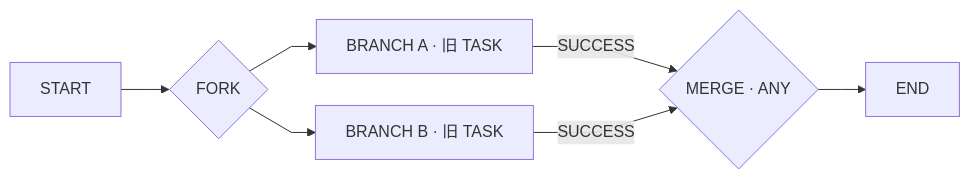
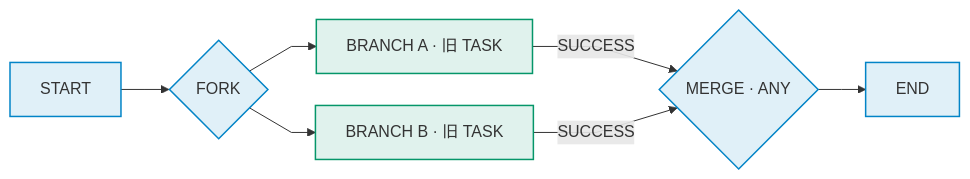
Before and after one commit to pinpols/file-batch-system: the sixth of 6 diagrams in docs/architecture/workflow-dependency-guide.md, drawn with Mermaid. The commit also changed other lines of this file and 34 other files, not shown here.

First line of the commit message:
docs(diagram): 完成 P3 Mermaid 图样式收口并补充制图规范 (#1390)

````diff
--- a/docs/architecture/workflow-dependency-guide.md
+++ b/docs/architecture/workflow-dependency-guide.md
@@ -408,10 +414,13 @@
 ```mermaid
 %%{init: {"flowchart":{"curve":"linear","nodeSpacing":32,"rankSpacing":48},"sequence":{"mirrorActors":false}}}%%
 flowchart LR
-  S["START"] --> F{"FORK"}
-  F --> A["BRANCH A · 旧 TASK"]
-  F --> B["BRANCH B · 旧 TASK"]
-  A -->|"SUCCESS"| M{"MERGE · ANY"}
+  S["START"]:::control --> F{"FORK"}:::control
+  F --> A["BRANCH A · 旧 TASK"]:::worker
+  F --> B["BRANCH B · 旧 TASK"]:::worker
+  A -->|"SUCCESS"| M{"MERGE · ANY"}:::control
   B -->|"SUCCESS"| M
-  M --> E["END"]
+  M --> E["END"]:::control
+
+  classDef control fill:#0284c71f,stroke:#0284c7,stroke-width:1.5px
+  classDef worker fill:#0596691f,stroke:#059669,stroke-width:1.5px
 ```
````
